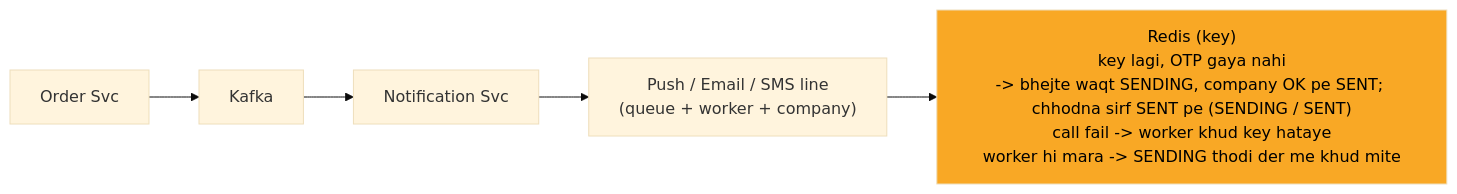
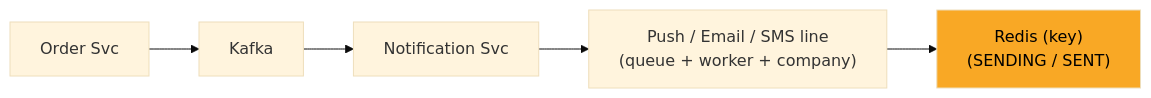
Before and after one commit to ArpanMaheshwari144/Prep: the diagram in 04_HLD/SYSTEM_DESIGNS/04_notification_system/img/c4.mmd, drawn with Mermaid (base theme). The commit also changed 144 other files, not shown here.

```diff
--- a/04_HLD/SYSTEM_DESIGNS/04_notification_system/img/c4.mmd
+++ b/04_HLD/SYSTEM_DESIGNS/04_notification_system/img/c4.mmd
@@ -1,12 +1,12 @@
 %%{init: {"flowchart": {"wrappingWidth": 450}}}%%
 flowchart LR
     n_Order_Svc["Order Svc"]
     n_Kafka["Kafka"]
     n_Notification_Svc["Notification Svc"]
     n_LINES["Push / Email / SMS line<br/>(queue + worker + company)"]
-    n_Redis["Redis (key)<br/>key lagi, OTP gaya nahi<br/>-> bhejte waqt SENDING, company OK pe SENT; chhodna sirf SENT pe (SENDING / SENT)<br/>call fail -> worker khud key hataye<br/>worker hi mara -> SENDING thodi der me khud mite"]
+    n_Redis["Redis (key)<br/>(SENDING / SENT)"]
     n_Order_Svc --> n_Kafka
     n_Kafka --> n_Notification_Svc
     n_Notification_Svc --> n_LINES
     n_LINES --> n_Redis
     style n_Redis fill:#f9a825,color:#000
```
